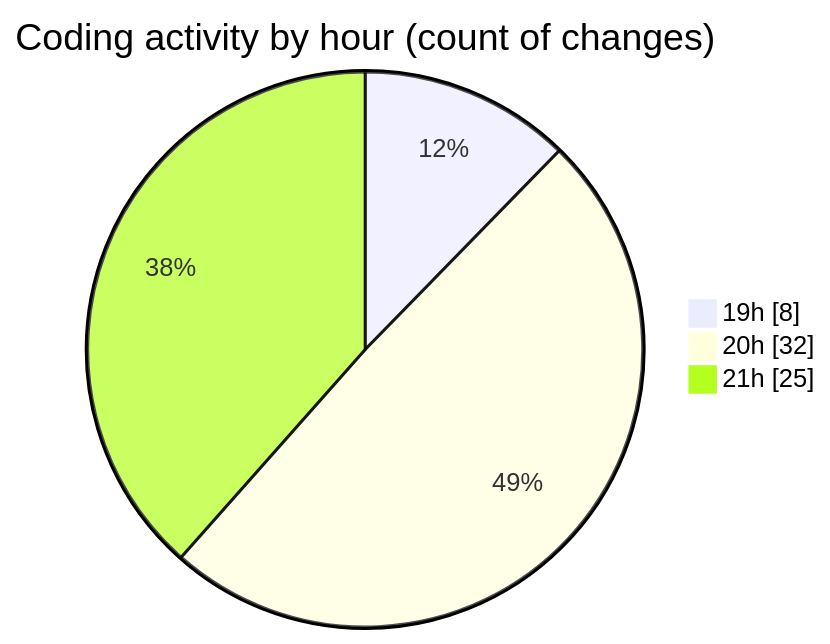
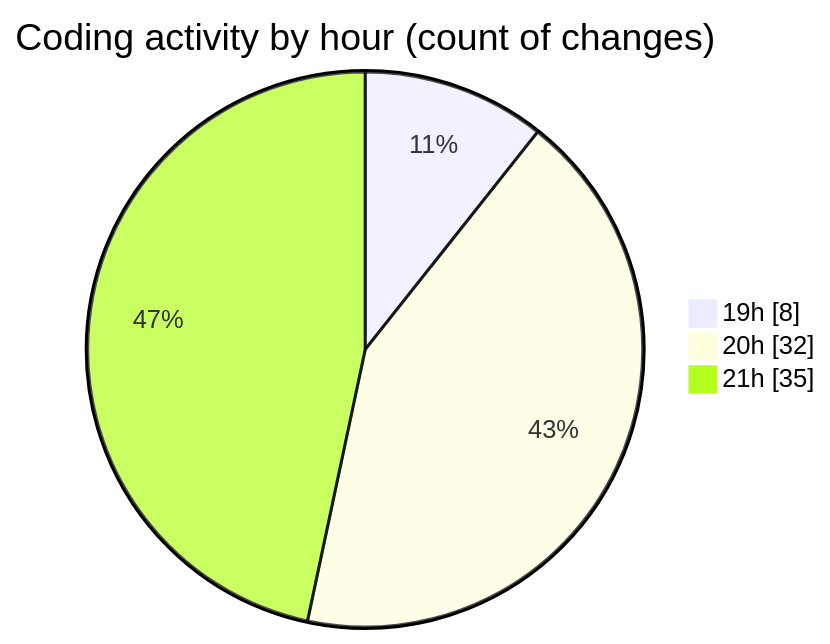
One commit to Elitesun/code-tracking changed the second of 2 diagrams in 2025-05-27/ecom_store/README.md. Above: the diagram before and after it, drawn with Mermaid. The commit also changed other lines of this file and 1 other file, not shown here.

````diff
--- a/2025-05-27/ecom_store/README.md
+++ b/2025-05-27/ecom_store/README.md
@@ -49,7 +52,7 @@
 ```mermaid
 pie showData
 title Coding activity by hour (count of changes)
 "19h" : 8
 "20h" : 32
-"21h" : 25
+"21h" : 35
 ```
````
